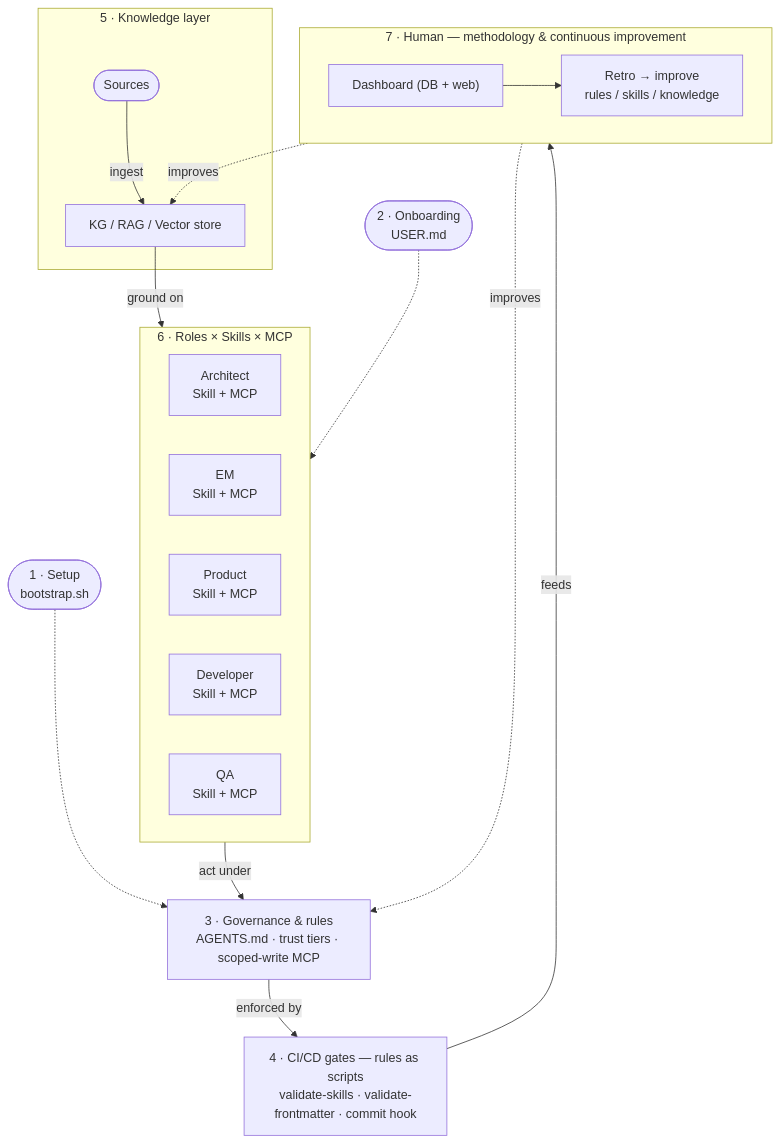
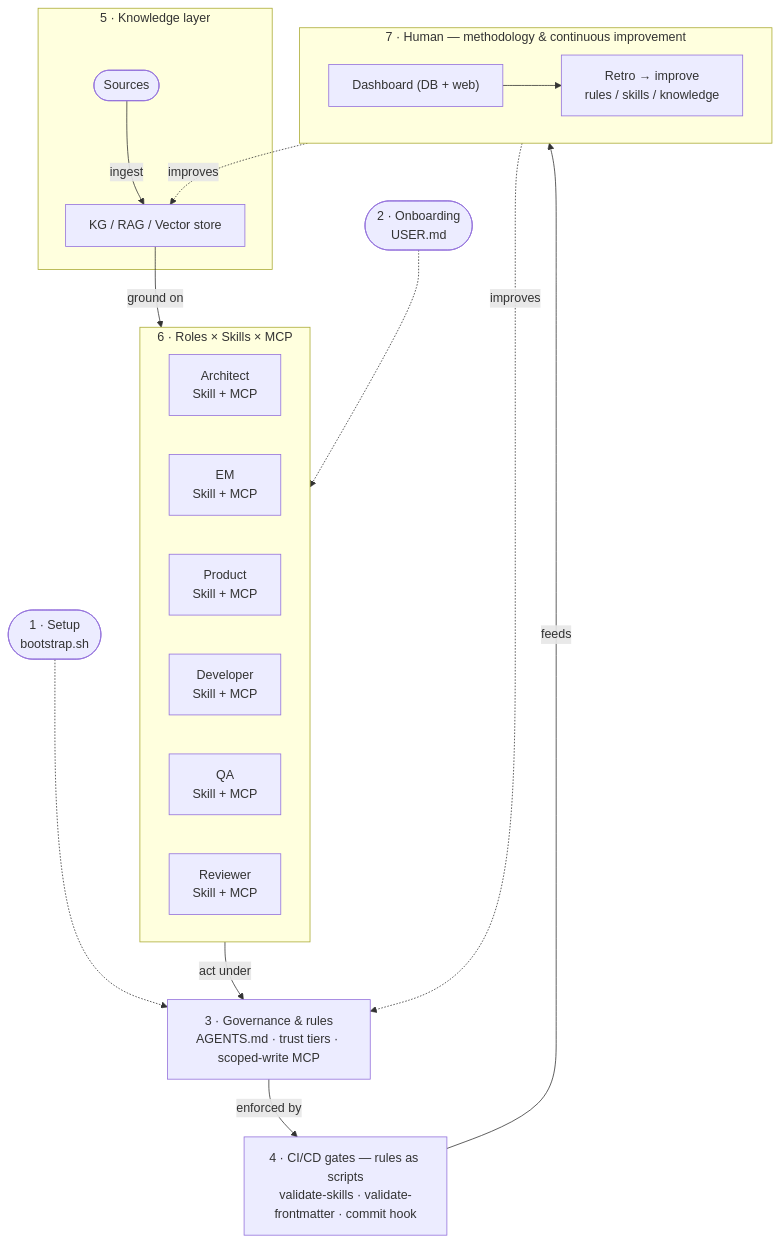
Before and after one commit to georgiandinca/ai-sdlc-bootstrap-kit: the first of 2 diagrams in docs/visuals/README.md, drawn with Mermaid. The commit also changed 8 other files, not shown here.

````diff
--- a/docs/visuals/README.md
+++ b/docs/visuals/README.md
@@ -16,31 +16,32 @@
 ```mermaid
 flowchart TB
     subgraph P5["5 · Knowledge layer"]
         SRC(["Sources"]) -->|ingest| KB["KG / RAG / Vector store"]
     end
     SET(["1 · Setup<br/>bootstrap.sh"])
     ONB(["2 · Onboarding<br/>USER.md"])
     subgraph P6["6 · Roles × Skills × MCP"]
         direction LR
         A["Architect<br/>Skill + MCP"]
         E["EM<br/>Skill + MCP"]
         P["Product<br/>Skill + MCP"]
         D["Developer<br/>Skill + MCP"]
         Q["QA<br/>Skill + MCP"]
+        R["Reviewer<br/>Skill + MCP"]
     end
     G["3 · Governance & rules<br/>AGENTS.md · trust tiers · scoped-write MCP"]
     CI["4 · CI/CD gates — rules as scripts<br/>validate-skills · validate-frontmatter · commit hook"]
     subgraph P7["7 · Human — methodology & continuous improvement"]
         direction LR
         DASH["Dashboard (DB + web)"] --> RETRO["Retro → improve<br/>rules / skills / knowledge"]
     end
 
     KB -->|ground on| P6
     ONB -.-> P6
     P6 -->|act under| G
     SET -.-> G
     G -->|enforced by| CI
     CI -->|feeds| DASH
     RETRO -.->|improves| G
     RETRO -.->|improves| KB
 ```
````
